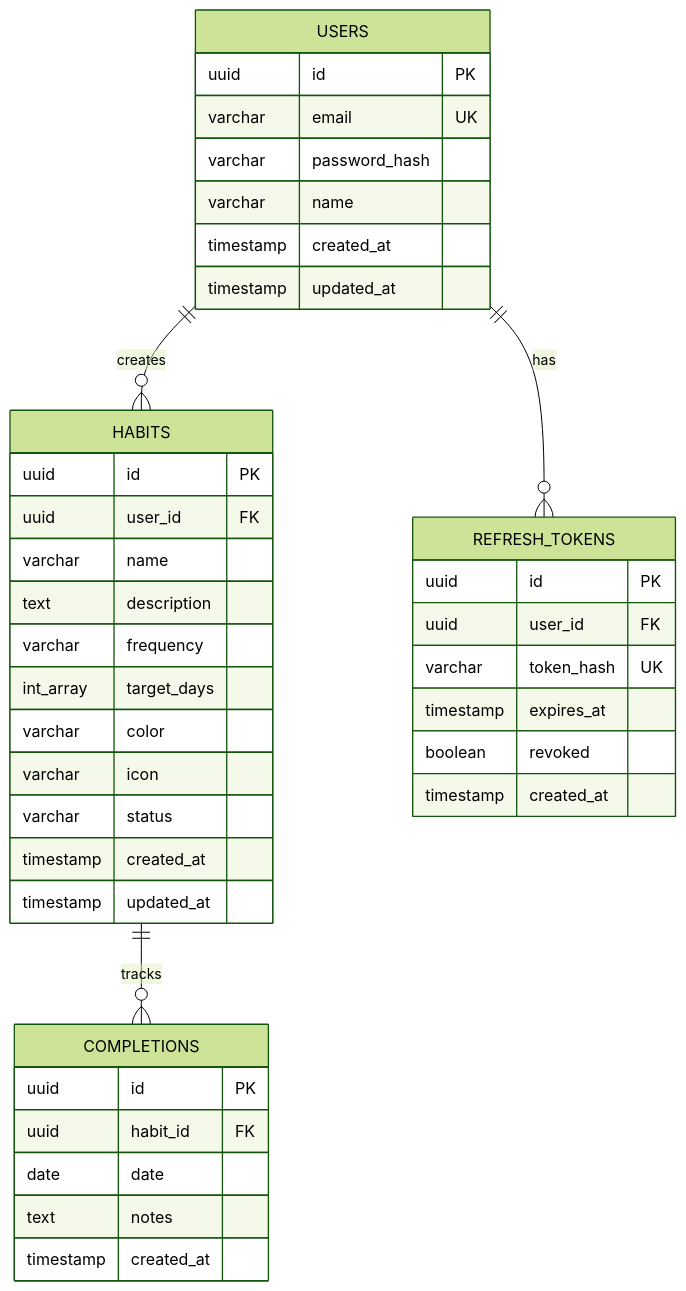
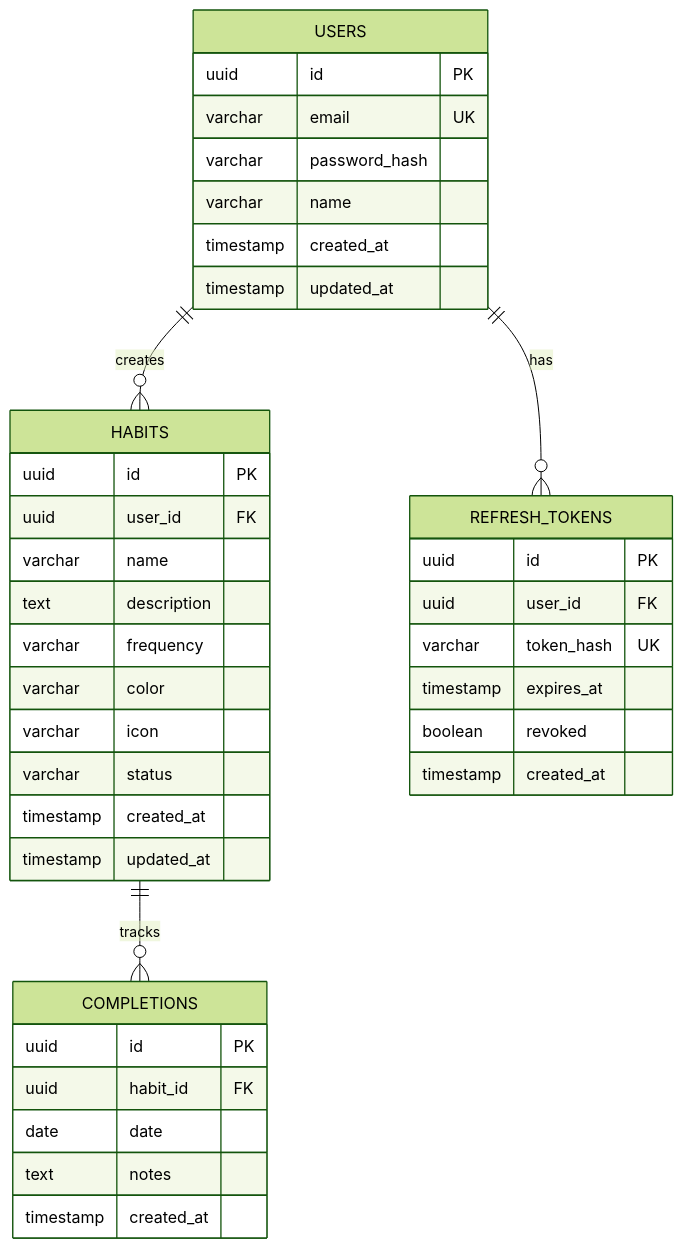
The diagram in shared/database/README.md (adamwolfers/habitcraft), drawn with Mermaid (forest theme) before and after one commit. The commit also changed other lines of this file and 25 other files, not shown here.

````diff
--- a/shared/database/README.md
+++ b/shared/database/README.md
@@ -139,46 +138,45 @@
 ```mermaid
 erDiagram
     USERS ||--o{ HABITS : creates
     HABITS ||--o{ COMPLETIONS : tracks
     USERS ||--o{ REFRESH_TOKENS : has
 
     USERS {
         uuid id PK
         varchar email UK
         varchar password_hash
         varchar name
         timestamp created_at
         timestamp updated_at
     }
 
     HABITS {
         uuid id PK
         uuid user_id FK
         varchar name
         text description
         varchar frequency
-        int_array target_days
         varchar color
         varchar icon
         varchar status
         timestamp created_at
         timestamp updated_at
     }
 
     COMPLETIONS {
         uuid id PK
         uuid habit_id FK
         date date
         text notes
         timestamp created_at
     }
 
     REFRESH_TOKENS {
         uuid id PK
         uuid user_id FK
         varchar token_hash UK
         timestamp expires_at
         boolean revoked
         timestamp created_at
     }
 ```
````
